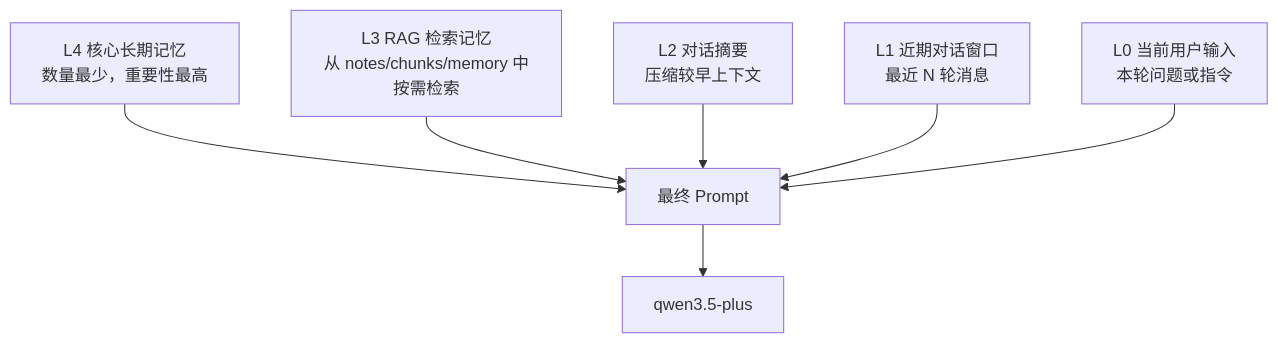
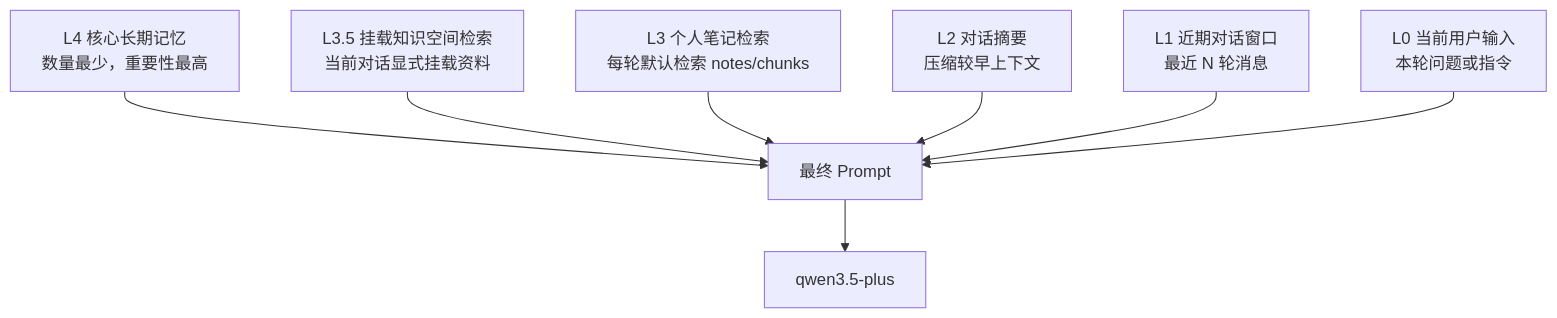
One commit to LiuJiaxuan1024/AiMemo changed the first of 9 diagrams in docs/agent/memory-chat-graph-design.md. Above: the diagram before and after it, drawn with Mermaid. The commit also changed other lines of this file and 9 other files, not shown here.

````diff
--- a/docs/agent/memory-chat-graph-design.md
+++ b/docs/agent/memory-chat-graph-design.md
@@ -19,9 +19,10 @@
 ```mermaid
 flowchart TB
     L4[L4 核心长期记忆<br/>数量最少，重要性最高] --> Prompt[最终 Prompt]
-    L3[L3 RAG 检索记忆<br/>从 notes/chunks/memory 中按需检索] --> Prompt
+    L35[L3.5 挂载知识空间检索<br/>当前对话显式挂载资料] --> Prompt
+    L3[L3 个人笔记检索<br/>每轮默认检索 notes/chunks] --> Prompt
     L2[L2 对话摘要<br/>压缩较早上下文] --> Prompt
     L1[L1 近期对话窗口<br/>最近 N 轮消息] --> Prompt
     L0[L0 当前用户输入<br/>本轮问题或指令] --> Prompt
     Prompt --> LLM[qwen3.5-plus]
 ```
````
